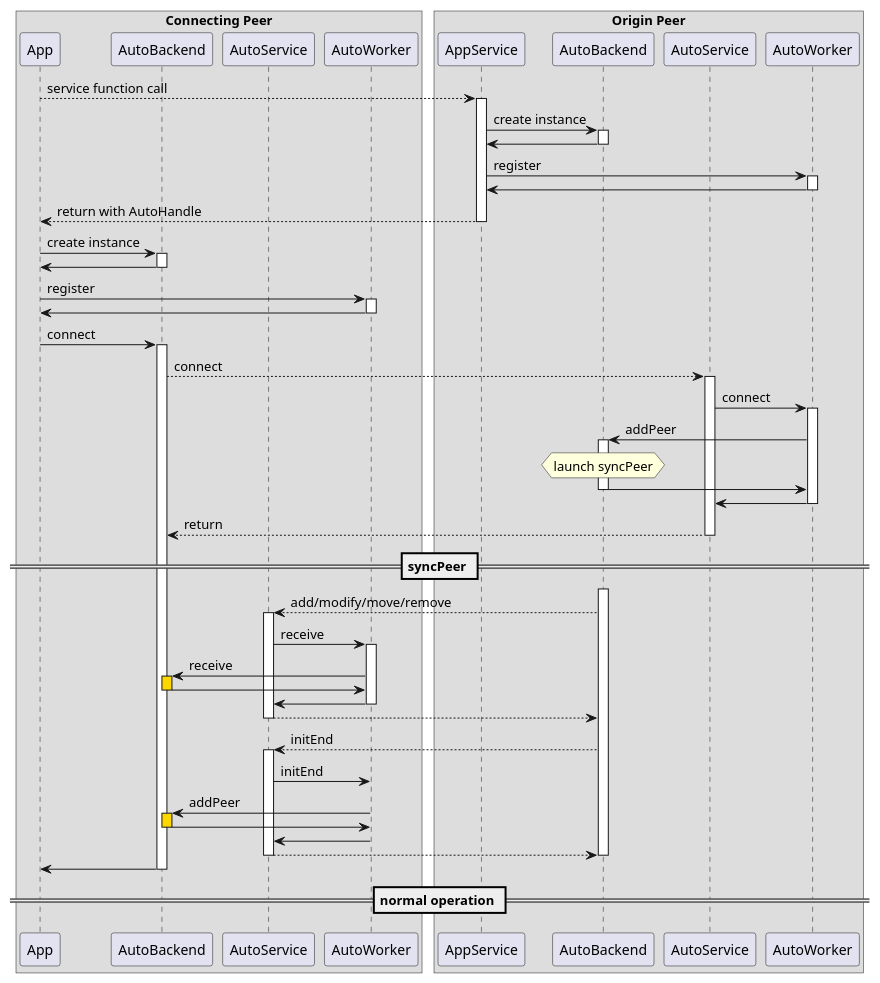
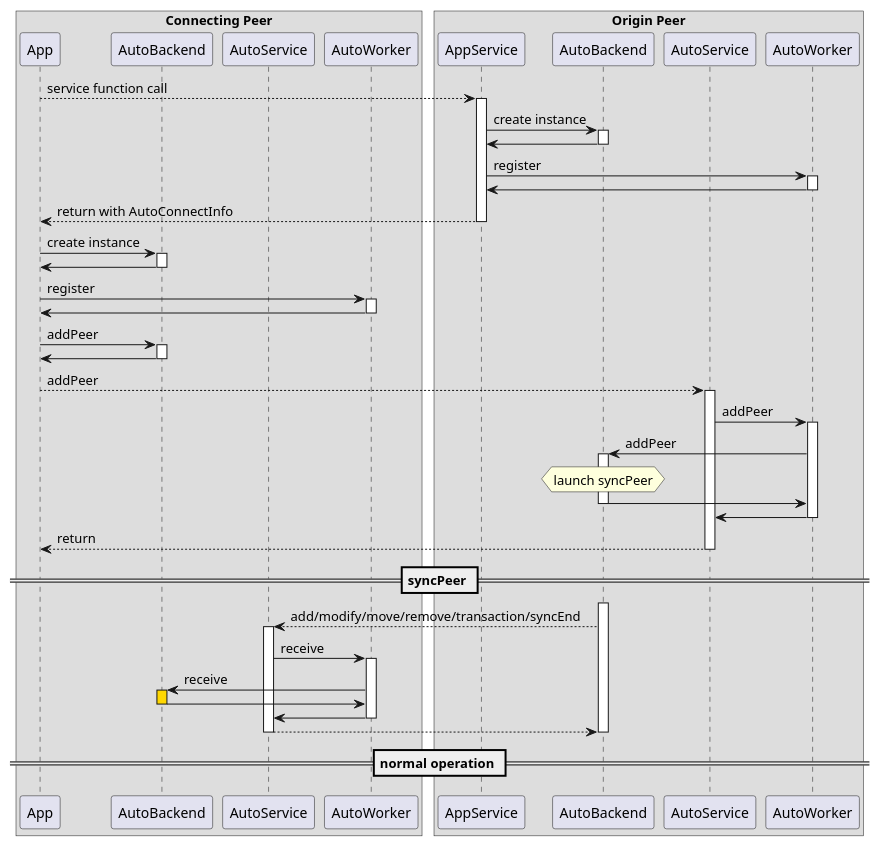
One commit to spxbhuhb/adaptive changed the diagram in doc/auto/connect.puml. Above: the diagram before and after it, drawn with PlantUML. The commit also changed 20 other files, not shown here.

```diff
--- a/doc/auto/connect.puml
+++ b/doc/auto/connect.puml
@@ -1,94 +1,84 @@
 @startuml
 !pragma teoz true
 
 box Connecting Peer
 participant App as c.app
 participant AutoBackend as c.backend
 participant AutoService as c.service
 participant AutoWorker as c.worker
 endbox
 
 box Origin Peer
 participant AppService as o.app.service
 participant AutoBackend as o.backend
 
 participant "AutoService" as o.service
 participant "AutoWorker" as o.worker
 endbox
 
 c.app --> o.app.service : service function call
 activate o.app.service
 
 o.app.service -> o.backend : create instance
 activate o.backend
 o.backend -> o.app.service
 deactivate o.backend
 
 o.app.service -> o.worker : register
 activate o.worker
 o.worker -> o.app.service
 deactivate o.worker
-o.app.service --> c.app : return with AutoHandle
+o.app.service --> c.app : return with AutoConnectInfo
 deactivate o.app.service
 
 c.app -> c.backend : create instance
 activate c.backend
 c.backend -> c.app
 deactivate c.backend
 
 c.app -> c.worker : register
 activate c.worker
 c.worker -> c.app
 deactivate c.worker
 
-c.app -> c.backend : connect
+c.app -> c.backend : addPeer
 activate c.backend
-c.backend --> o.service : connect
+c.backend -> c.app
+deactivate c.backend
+
+c.app --> o.service : addPeer
 activate o.service
-o.service -> o.worker : connect
+o.service -> o.worker : addPeer
 activate o.worker
 o.worker -> o.backend : addPeer
 activate o.backend
 hnote over o.backend : launch syncPeer
 o.backend -> o.worker
 deactivate o.backend
 o.worker -> o.service
 deactivate o.worker
-o.service --> c.backend : return
+o.service --> c.app : return
 deactivate o.service
 
 == syncPeer ==
 
 activate o.backend
-o.backend --> c.service : add/modify/move/remove
+o.backend --> c.service : add/modify/move/remove/transaction/syncEnd
 activate c.service
 
 c.service -> c.worker : receive
 activate c.worker
 
 c.worker -> c.backend : receive
 activate c.backend #gold
 c.backend -> c.worker
 deactivate c.backend #gold
 
 c.worker -> c.service
 deactivate c.worker
 c.service --> o.backend
 deactivate c.service
-
-o.backend --> c.service : initEnd
-activate c.service
-c.service -> c.worker : initEnd
-c.worker -> c.backend : addPeer
-activate c.backend #gold
-c.backend -> c.worker
-deactivate c.backend #gold
-c.worker -> c.service
-c.service --> o.backend
-deactivate c.service
 deactivate o.backend
-c.backend -> c.app
-deactivate c.backend
 
 == normal operation ==
 @enduml
```
